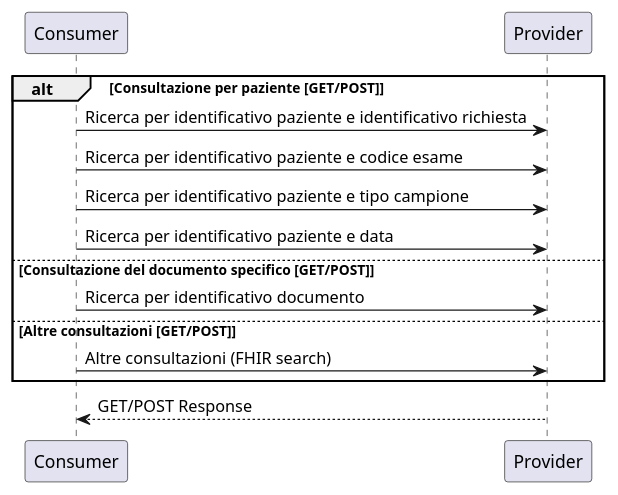
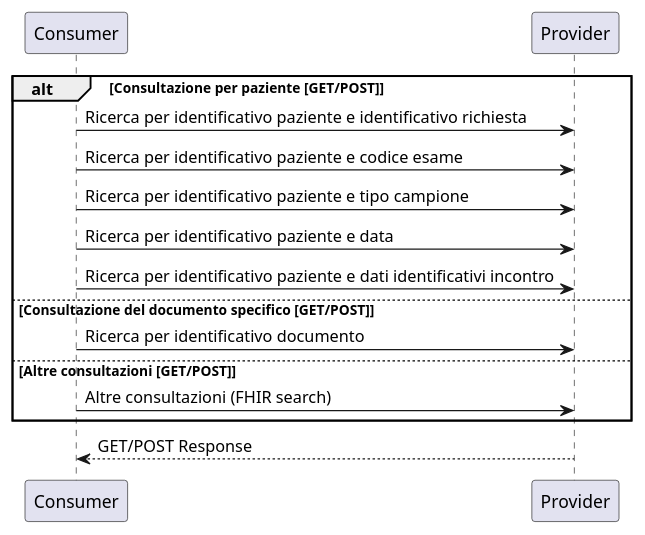
One commit to hl7-it/lab-report changed the diagram in input/images-source/consultazione.plantuml. Above: the diagram before and after it, drawn with PlantUML. The commit also changed 18 other files, not shown here.

```diff
--- a/input/images-source/consultazione.plantuml
+++ b/input/images-source/consultazione.plantuml
@@ -1,16 +1,17 @@
 @startuml
 alt  Consultazione per paziente [GET/POST]
 Consumer -> Provider: Ricerca per identificativo paziente e identificativo richiesta
 Consumer -> Provider: Ricerca per identificativo paziente e codice esame 
 Consumer -> Provider: Ricerca per identificativo paziente e tipo campione
 Consumer -> Provider: Ricerca per identificativo paziente e data 
+Consumer -> Provider: Ricerca per identificativo paziente e dati identificativi incontro
 
 else  Consultazione del documento specifico [GET/POST]
 Consumer -> Provider: Ricerca per identificativo documento
 
 else Altre consultazioni [GET/POST]
 Consumer -> Provider: Altre consultazioni (FHIR search)
 
 end
 Provider --> Consumer: GET/POST Response 
 @enduml
```
